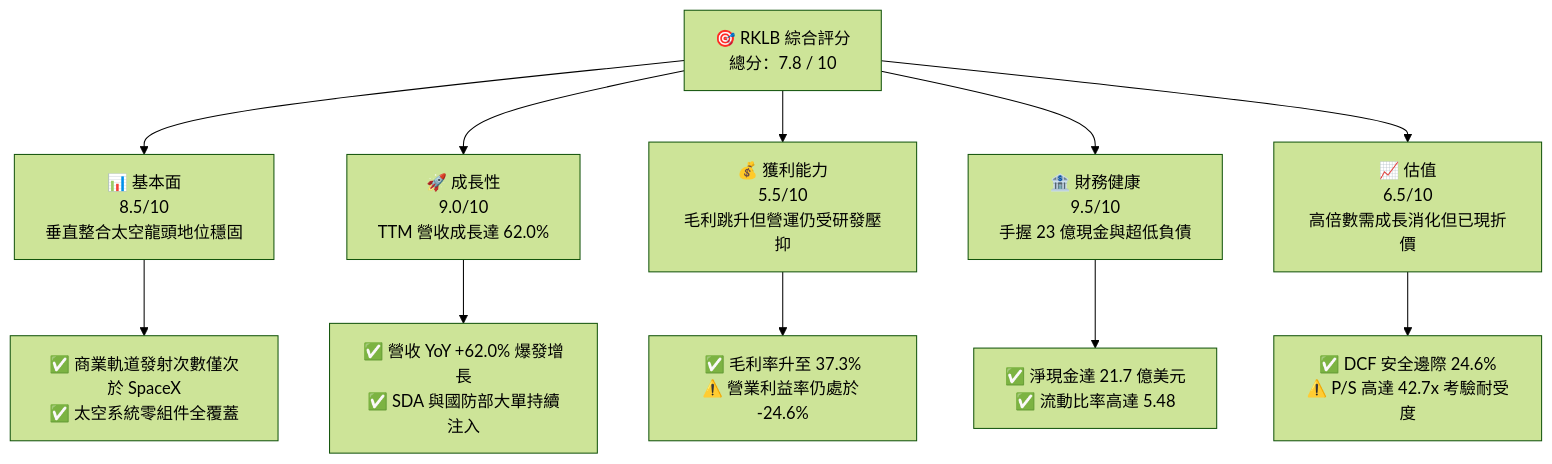
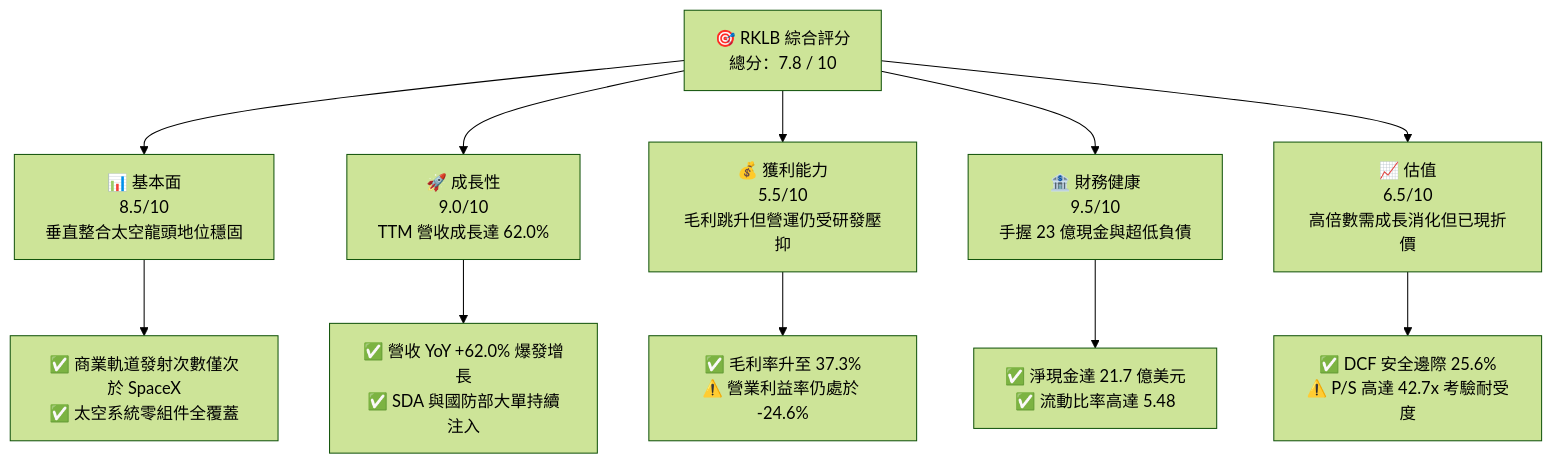
The first of 15 diagrams in ai_gen_report/fundamental/rklb/fundamental_analysis_2026-10-19_gemini.md (yennanliu/finance_data), drawn with Mermaid (forest theme) before and after one commit. The commit also changed other lines of this file and 339 other files, not shown here.

````diff
--- a/ai_gen_report/fundamental/rklb/fundamental_analysis_2026-10-19_gemini.md
+++ b/ai_gen_report/fundamental/rklb/fundamental_analysis_2026-10-19_gemini.md
@@ -60,22 +67,22 @@
 ```mermaid
 graph TD
     TICKER["🎯 RKLB 綜合評分<br/>總分：7.8 / 10"]
 
     F["📊 基本面<br/>8.5/10<br/>垂直整合太空龍頭地位穩固"]
     G["🚀 成長性<br/>9.0/10<br/>TTM 營收成長達 62.0%"]
     P["💰 獲利能力<br/>5.5/10<br/>毛利跳升但營運仍受研發壓抑"]
     B["🏦 財務健康<br/>9.5/10<br/>手握 23 億現金與超低負債"]
     V["📈 估值<br/>6.5/10<br/>高倍數需成長消化但已現折價"]
 
     TICKER --> F
     TICKER --> G
     TICKER --> P
     TICKER --> B
     TICKER --> V
 
     F --> F1["✅ 商業軌道發射次數僅次於 SpaceX<br/>✅ 太空系統零組件全覆蓋"]
     G --> G1["✅ 營收 YoY +62.0% 爆發增長<br/>✅ SDA 與國防部大單持續注入"]
     P --> P1["✅ 毛利率升至 37.3%<br/>⚠️ 營業利益率仍處於 -24.6%"]
     B --> B1["✅ 淨現金達 21.7 億美元<br/>✅ 流動比率高達 5.48"]
-    V --> V1["✅ DCF 安全邊際 24.6%<br/>⚠️ P/S 高達 42.7x 考驗耐受度"]
+    V --> V1["✅ DCF 安全邊際 25.6%<br/>⚠️ P/S 高達 42.7x 考驗耐受度"]
 ```
````
